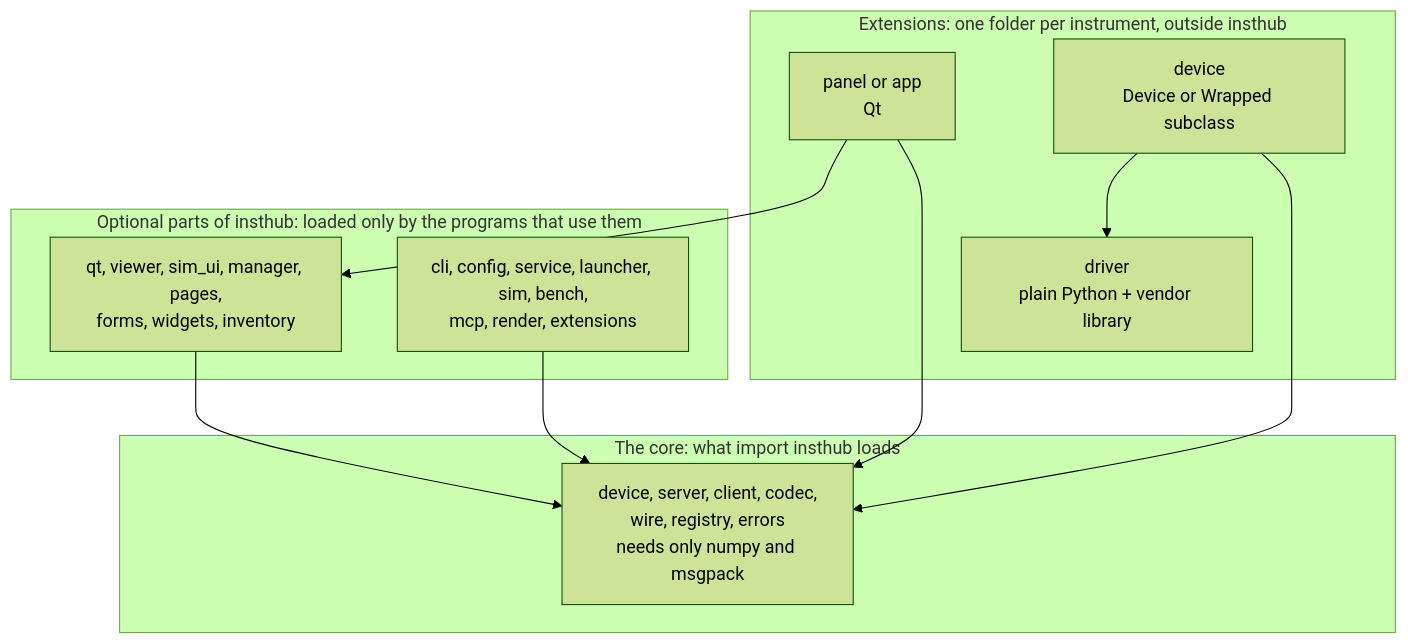
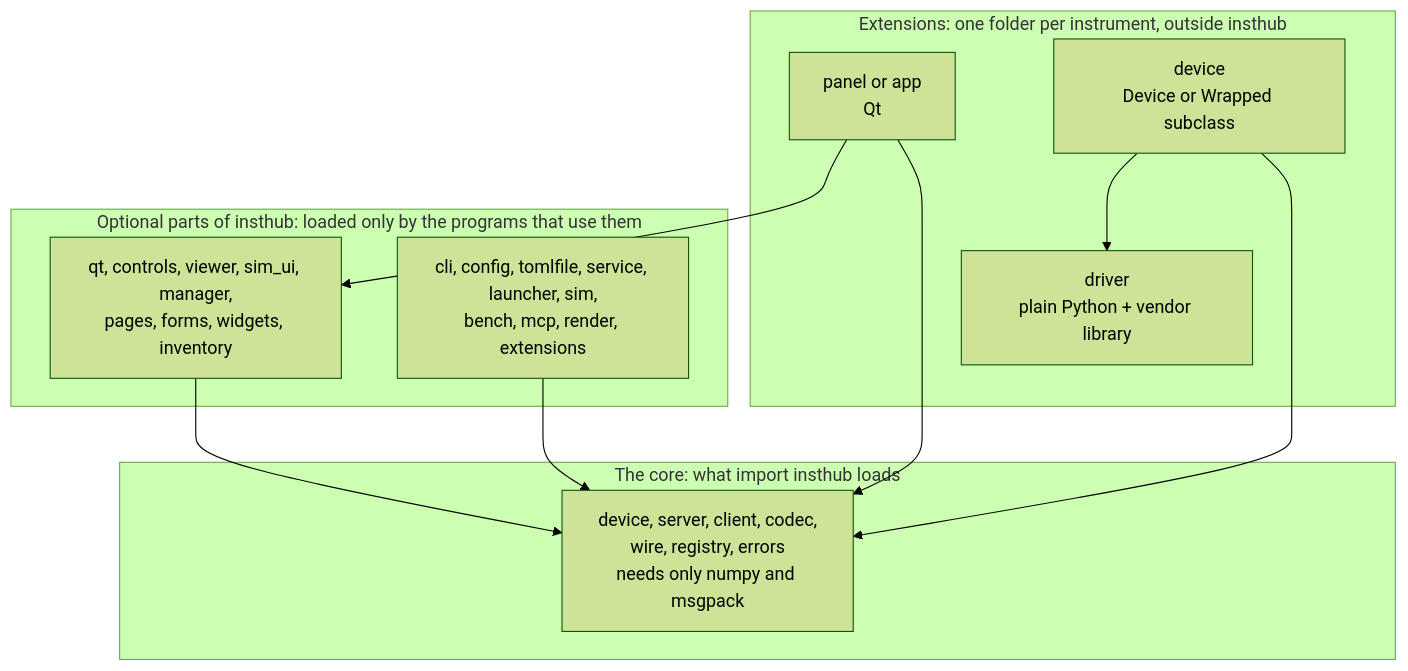
The first of 2 diagrams in docs/design.md (tim4431/insthub), drawn with Mermaid (forest theme) before and after one commit. The commit also changed other lines of this file and 42 other files, not shown here.

````diff
--- a/docs/design.md
+++ b/docs/design.md
@@ -65,21 +65,21 @@
 ```mermaid
 flowchart TB
     subgraph ext["Extensions: one folder per instrument, outside insthub"]
         ui["panel or app<br/>Qt"]
         dev["device<br/>Device or Wrapped subclass"]
         drv["driver<br/>plain Python + vendor library"]
     end
     subgraph opt["Optional parts of insthub: loaded only by the programs that use them"]
-        gui["qt, viewer, sim_ui, manager, pages,<br/>forms, widgets, inventory"]
-        rest["cli, config, service, launcher, sim, bench,<br/>mcp, render, extensions"]
+        gui["qt, controls, viewer, sim_ui, manager,<br/>pages, forms, widgets, inventory"]
+        rest["cli, config, tomlfile, service, launcher, sim,<br/>bench, mcp, render, extensions"]
     end
     subgraph core["The core: what import insthub loads"]
         c["device, server, client, codec,<br/>wire, registry, errors<br/>needs only numpy and msgpack"]
     end
     ui --> gui
     ui --> c
     dev --> drv
     dev --> c
     gui --> c
     rest --> c
 ```
````
